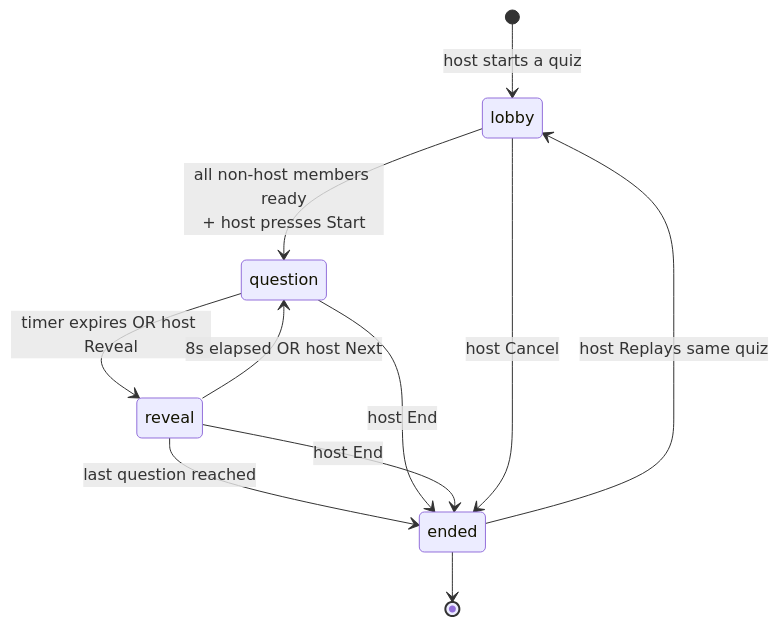
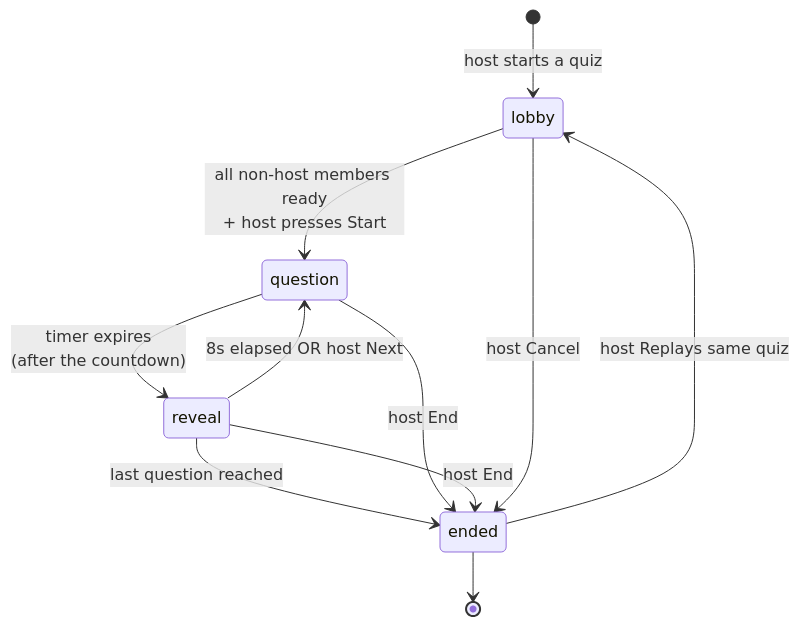
Before and after one commit to justinekyle123/EduVoice: the sixth of 8 diagrams in System-flow.md, drawn with Mermaid. The commit also changed other lines of this file and 9 other files, not shown here.

````diff
--- a/System-flow.md
+++ b/System-flow.md
@@ -903,13 +930,13 @@
 ```mermaid
 stateDiagram-v2
     [*] --> lobby: host starts a quiz
     lobby --> question: all non-host members ready<br/>+ host presses Start
-    question --> reveal: timer expires OR host Reveal
+    question --> reveal: timer expires<br/>(after the countdown)
     reveal --> question: 8s elapsed OR host Next
     reveal --> ended: last question reached
     question --> ended: host End
     reveal --> ended: host End
     lobby --> ended: host Cancel
     ended --> lobby: host Replays same quiz
     ended --> [*]
 ```
````
